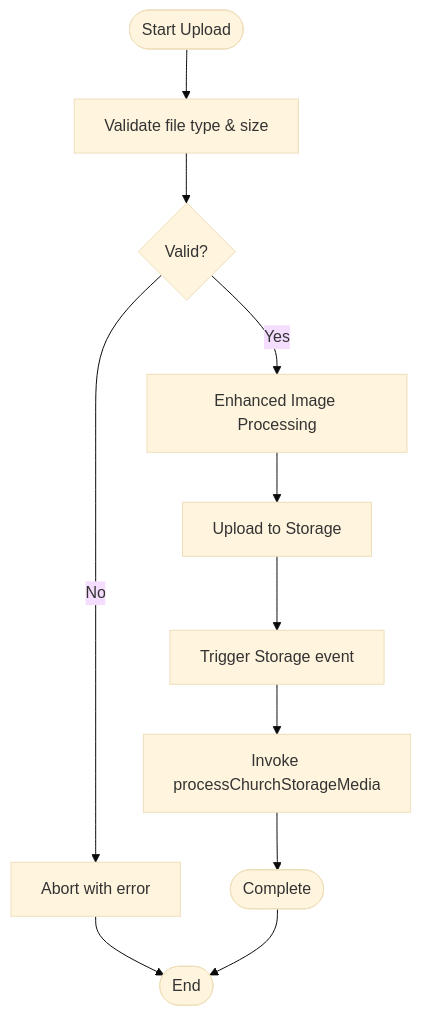
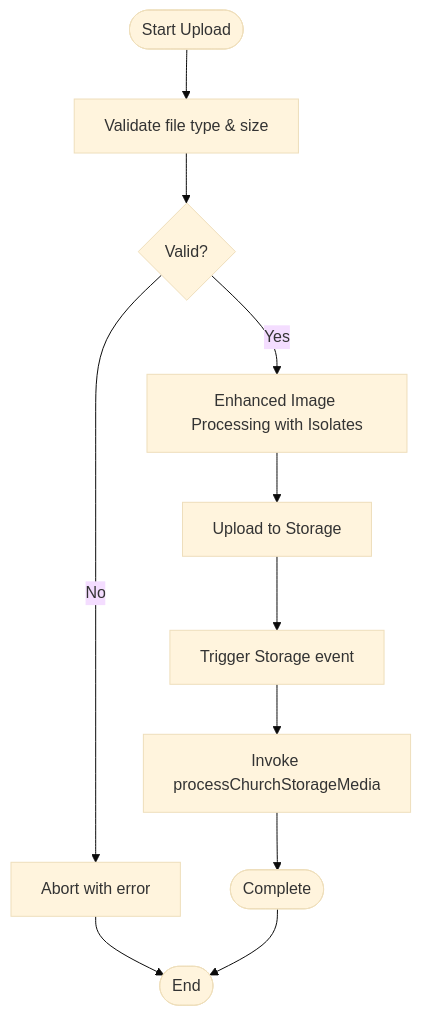
One commit to raihom-netizen/com.gestaoyahwehios.app changed the third of 16 diagrams in .qoder/repowiki/en/content/Media Management/Media Management.md. Above: the diagram before and after it, drawn with Mermaid (base theme). The commit also changed other lines of this file and 161 other files, not shown here.

````diff
--- a/.qoder/repowiki/en/content/Media Management/Media Management.md
+++ b/.qoder/repowiki/en/content/Media Management/Media Management.md
@@ -172,13 +185,13 @@
 ```mermaid
 flowchart TD
 Start(["Start Upload"]) --> Validate["Validate file type & size"]
 Validate --> Valid{"Valid?"}
 Valid --> |No| Abort["Abort with error"]
-Valid --> |Yes| PreProcess["Enhanced Image Processing"]
+Valid --> |Yes| PreProcess["Enhanced Image Processing with Isolates"]
 PreProcess --> Upload["Upload to Storage"]
 Upload --> Event["Trigger Storage event"]
 Event --> Process["Invoke processChurchStorageMedia"]
 Process --> Done(["Complete"])
 Abort --> End(["End"])
 Done --> End
 ```
````
